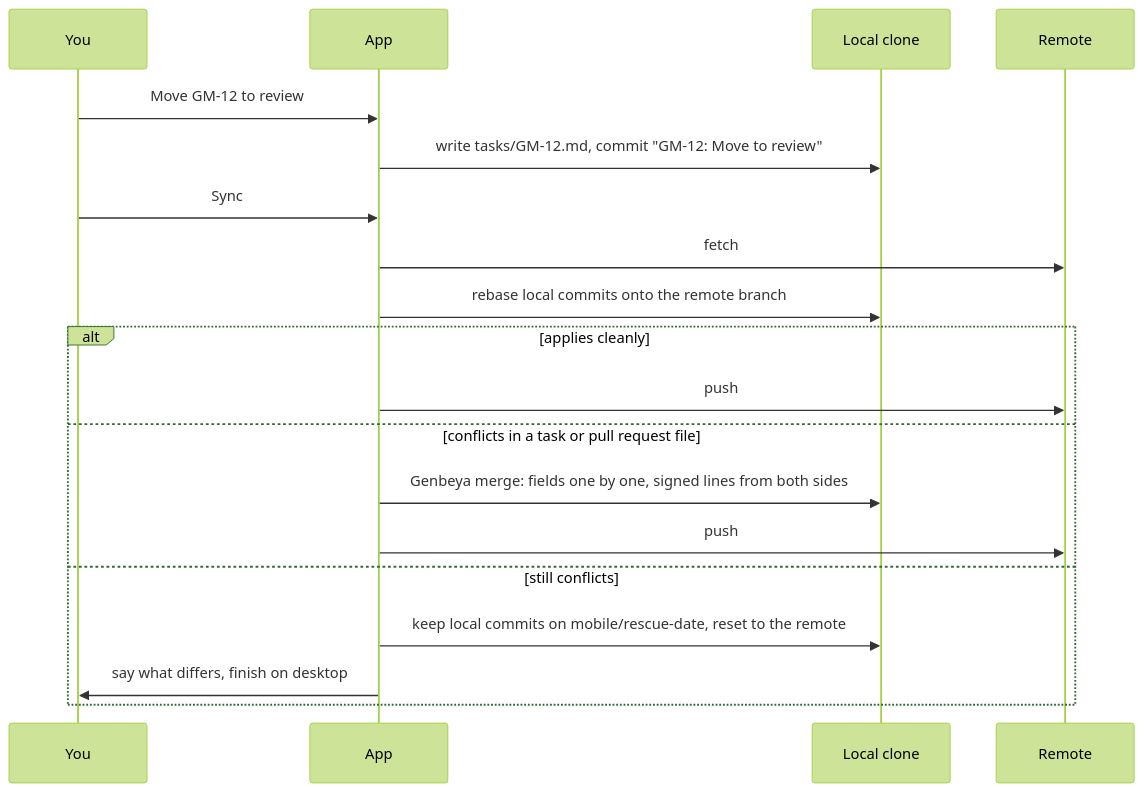
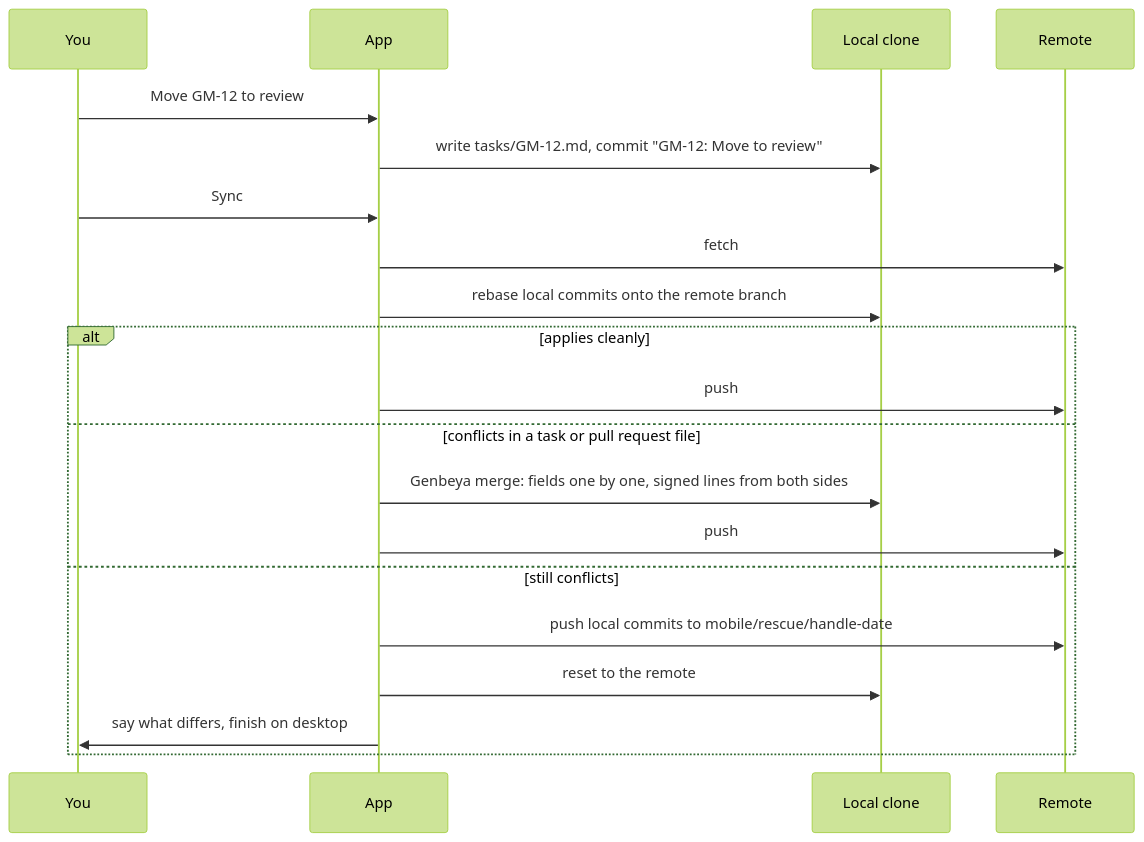
The second of 2 diagrams in docs/Architecture.md (h3ll5ur7er/genbeya_mobile), drawn with Mermaid (forest theme) before and after one commit. The commit also changed other lines of this file and 20 other files, not shown here.

````diff
--- a/docs/Architecture.md
+++ b/docs/Architecture.md
@@ -64,21 +64,22 @@
 ```mermaid
 sequenceDiagram
   participant U as You
   participant A as App
   participant L as Local clone
   participant R as Remote
   U->>A: Move GM-12 to review
   A->>L: write tasks/GM-12.md, commit "GM-12: Move to review"
   U->>A: Sync
   A->>R: fetch
   A->>L: rebase local commits onto the remote branch
   alt applies cleanly
     A->>R: push
   else conflicts in a task or pull request file
     A->>L: Genbeya merge: fields one by one, signed lines from both sides
     A->>R: push
   else still conflicts
-    A->>L: keep local commits on mobile/rescue-date, reset to the remote
+    A->>R: push local commits to mobile/rescue/handle-date
+    A->>L: reset to the remote
     A->>U: say what differs, finish on desktop
   end
 ```
````
